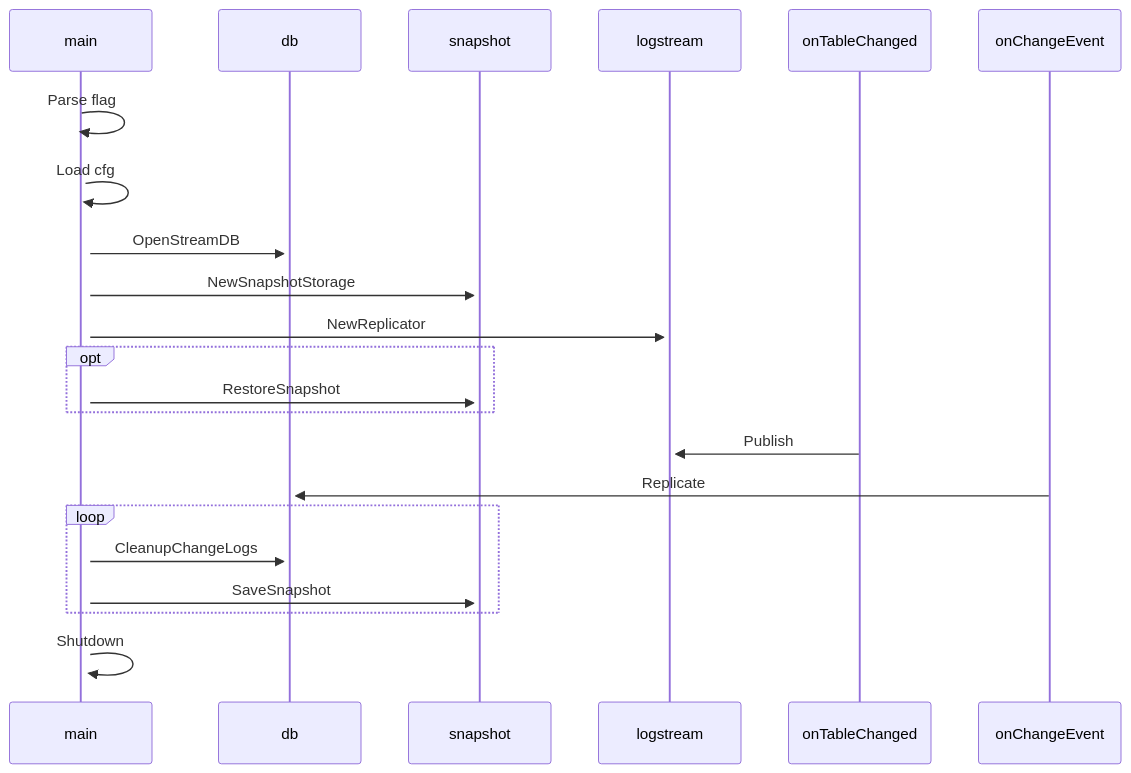
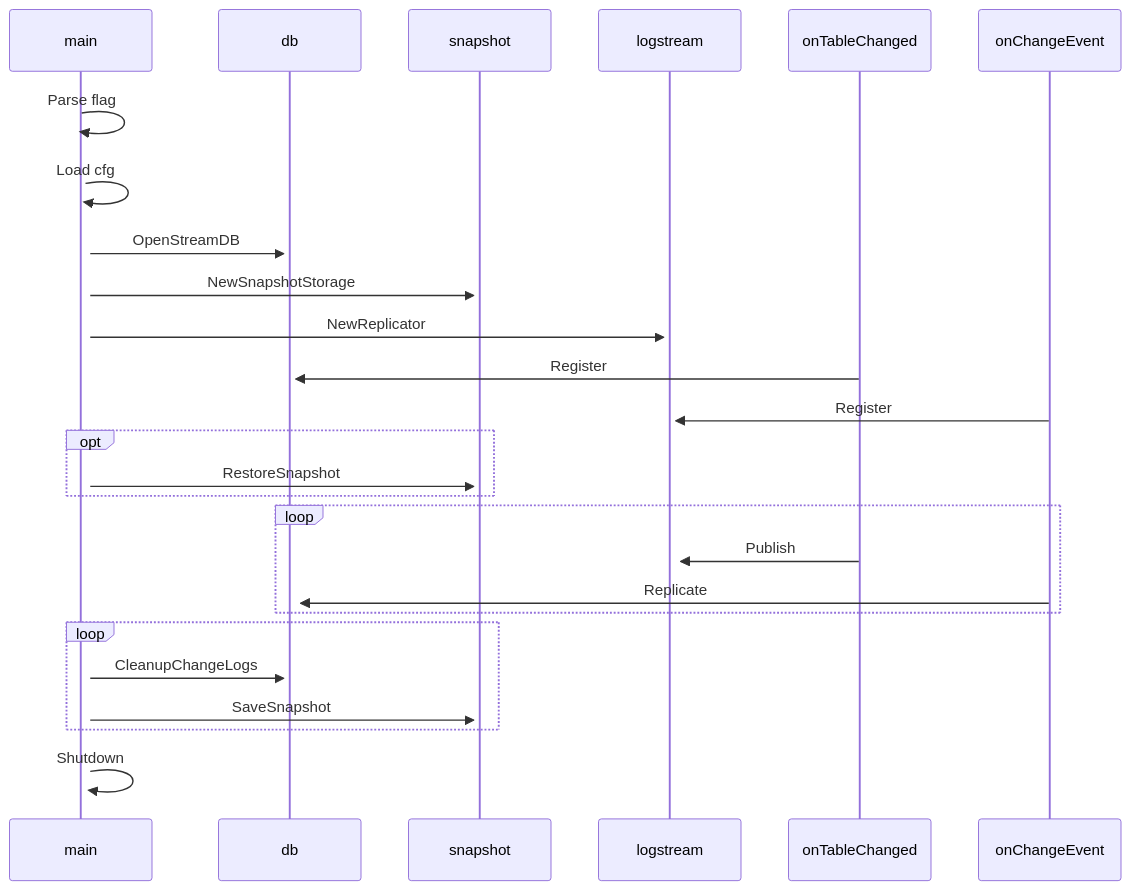
One commit to maxpert/marmot changed the diagram in docs/src/pages/internals.mdx. Above: the diagram before and after it, drawn with Mermaid. The commit also changed 1 other file, not shown here.

Commit message:
Minor tidy up

````diff
--- a/docs/src/pages/internals.mdx
+++ b/docs/src/pages/internals.mdx
@@ -5,18 +5,22 @@
 ```mermaid
 sequenceDiagram
     main->>+main: Parse flag
     main->>+main: Load cfg
     main->>+db: OpenStreamDB
     main->>+snapshot: NewSnapshotStorage
     main->>+logstream: NewReplicator
+    onTableChanged->>+db: Register 
+    onChangeEvent->>+logstream: Register  
     opt
       main->>+snapshot: RestoreSnapshot
     end
-    onTableChanged->>+logstream: Publish 
-    onChangeEvent->>+db: Replicate   
+    loop
+        onTableChanged->>+logstream: Publish 
+        onChangeEvent->>+db: Replicate 
+    end   
     loop
         main->>+db: CleanupChangeLogs
         main->>+snapshot: SaveSnapshot
     end
         main->>main: Shutdown
 ```
````
